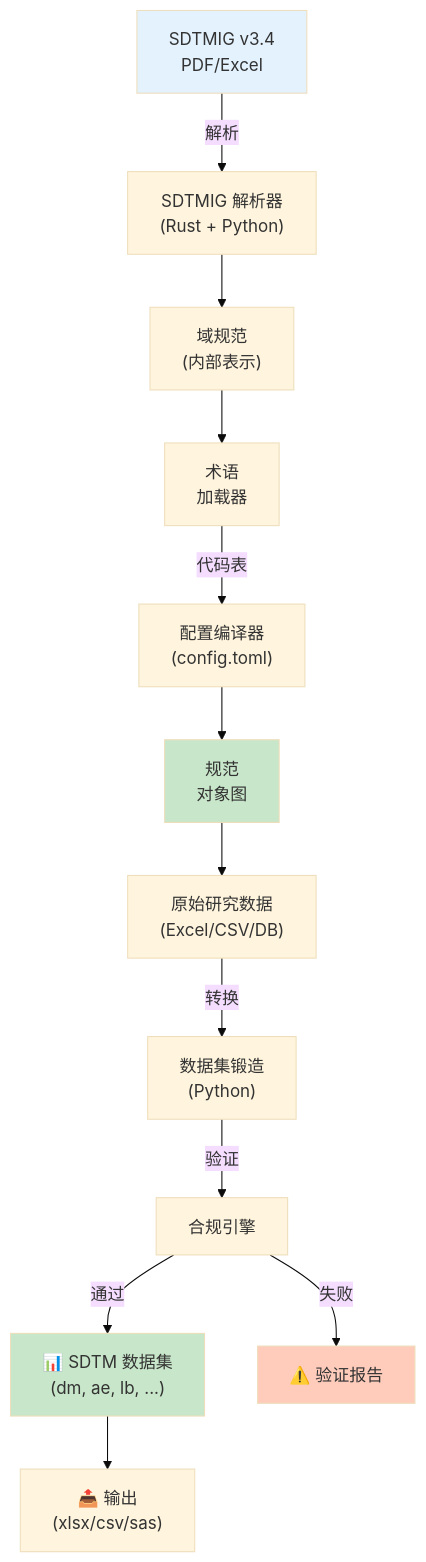
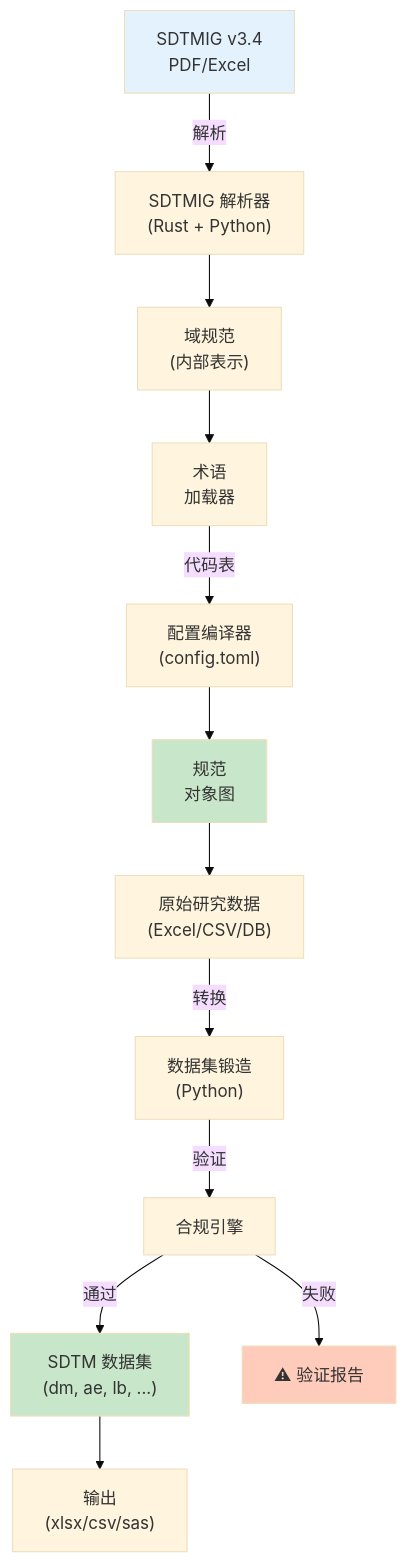
The diagram in README_CN.md (hakupao/sdtm-spec-forge), drawn with Mermaid (base theme) before and after one commit. The commit also changed other lines of this file and 1 other file, not shown here.

Commit message:
fix: repair README display issues
- Replace broken SVG banners with readme-typing-svg
- Fix language switcher links
- Remove emojis from mermaid diagrams for better rendering
- Add missing screenshot references
- Remove broken image references to non-existent files

````diff
--- a/README_CN.md
+++ b/README_CN.md
@@ -68,23 +60,23 @@
 ```mermaid
 graph TB
-    A["SDTMIG v3.4<br/>PDF/Excel"] -->|解析| B["SDTMIG 解析器<br/>(Rust + Python)"]
-    B --> C["域规范<br/>(内部表示)"]
-    C --> D["术语<br/>加载器"]
+ A["SDTMIG v3.4<br/>PDF/Excel"] -->|解析| B["SDTMIG 解析器<br/>(Rust + Python)"]
+ B --> C["域规范<br/>(内部表示)"]
+ C --> D["术语<br/>加载器"]
 
-    D -->|代码表| E["配置编译器<br/>(config.toml)"]
-    E --> F["规范<br/>对象图"]
+ D -->|代码表| E["配置编译器<br/>(config.toml)"]
+ E --> F["规范<br/>对象图"]
 
-    F --> G["原始研究数据<br/>(Excel/CSV/DB)"]
-    G -->|转换| H["数据集锻造<br/>(Python)"]
+ F --> G["原始研究数据<br/>(Excel/CSV/DB)"]
+ G -->|转换| H["数据集锻造<br/>(Python)"]
 
-    H -->|验证| I["合规引擎"]
-    I -->|通过| J["📊 SDTM 数据集<br/>(dm, ae, lb, ...)"]
-    I -->|失败| K["⚠️ 验证报告"]
+ H -->|验证| I["合规引擎"]
+ I -->|通过| J[" SDTM 数据集<br/>(dm, ae, lb, ...)"]
+ I -->|失败| K["⚠ 验证报告"]
 
-    J --> L["📤 输出<br/>(xlsx/csv/sas)"]
+ J --> L[" 输出<br/>(xlsx/csv/sas)"]
 
-    style A fill:#e3f2fd
-    style F fill:#c8e6c9
-    style J fill:#c8e6c9
-    style K fill:#ffccbc
+ style A fill:#e3f2fd
+ style F fill:#c8e6c9
+ style J fill:#c8e6c9
+ style K fill:#ffccbc
 ```
````
